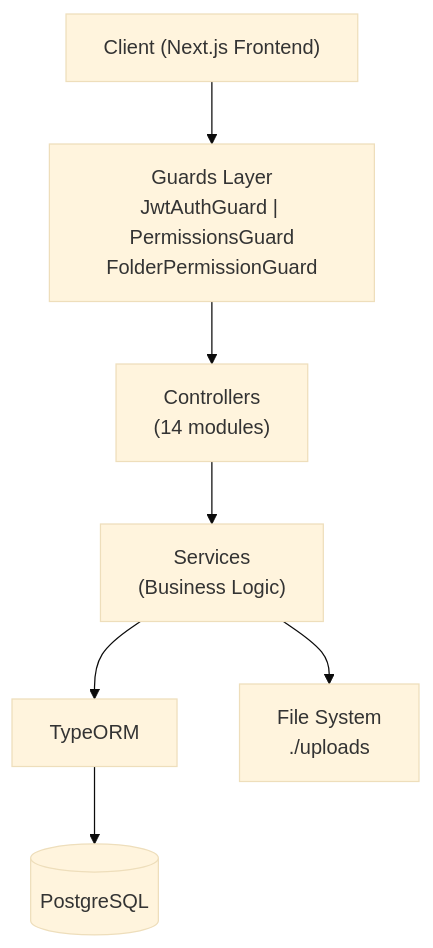
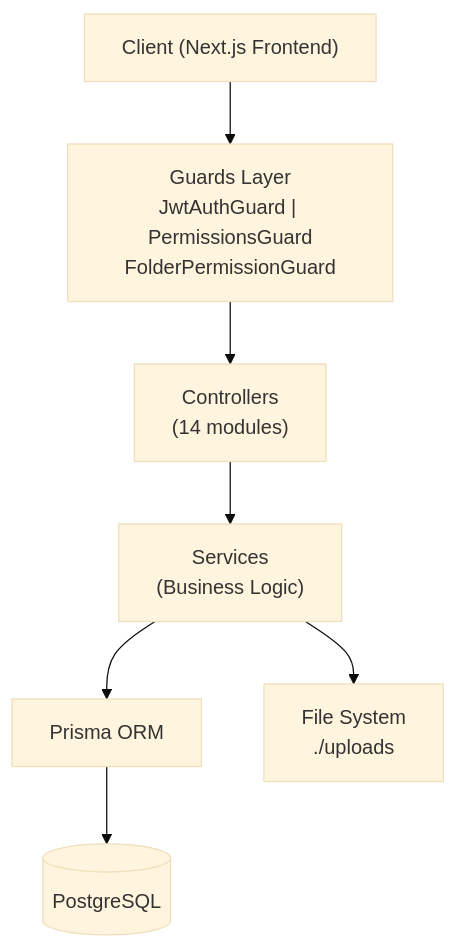
The first of 3 diagrams in README.md (fildzaharistaa/Repository-be), drawn with Mermaid (base theme) before and after one commit. The commit also changed other lines of this file, not shown here.

````diff
--- a/README.md
+++ b/README.md
@@ -18,17 +30,17 @@
 ```mermaid
 graph TD
     Client["Client (Next.js Frontend)"]
     Guard["Guards Layer\nJwtAuthGuard | PermissionsGuard\nFolderPermissionGuard"]
     Controller["Controllers\n(14 modules)"]
     Service["Services\n(Business Logic)"]
-    TypeORM["TypeORM"]
+    Prisma["Prisma ORM"]
     PG[(PostgreSQL)]
     FS["File System\n./uploads"]
 
     Client --> Guard
     Guard --> Controller
     Controller --> Service
-    Service --> TypeORM
-    TypeORM --> PG
+    Service --> Prisma
+    Prisma --> PG
     Service --> FS
 ```
````
